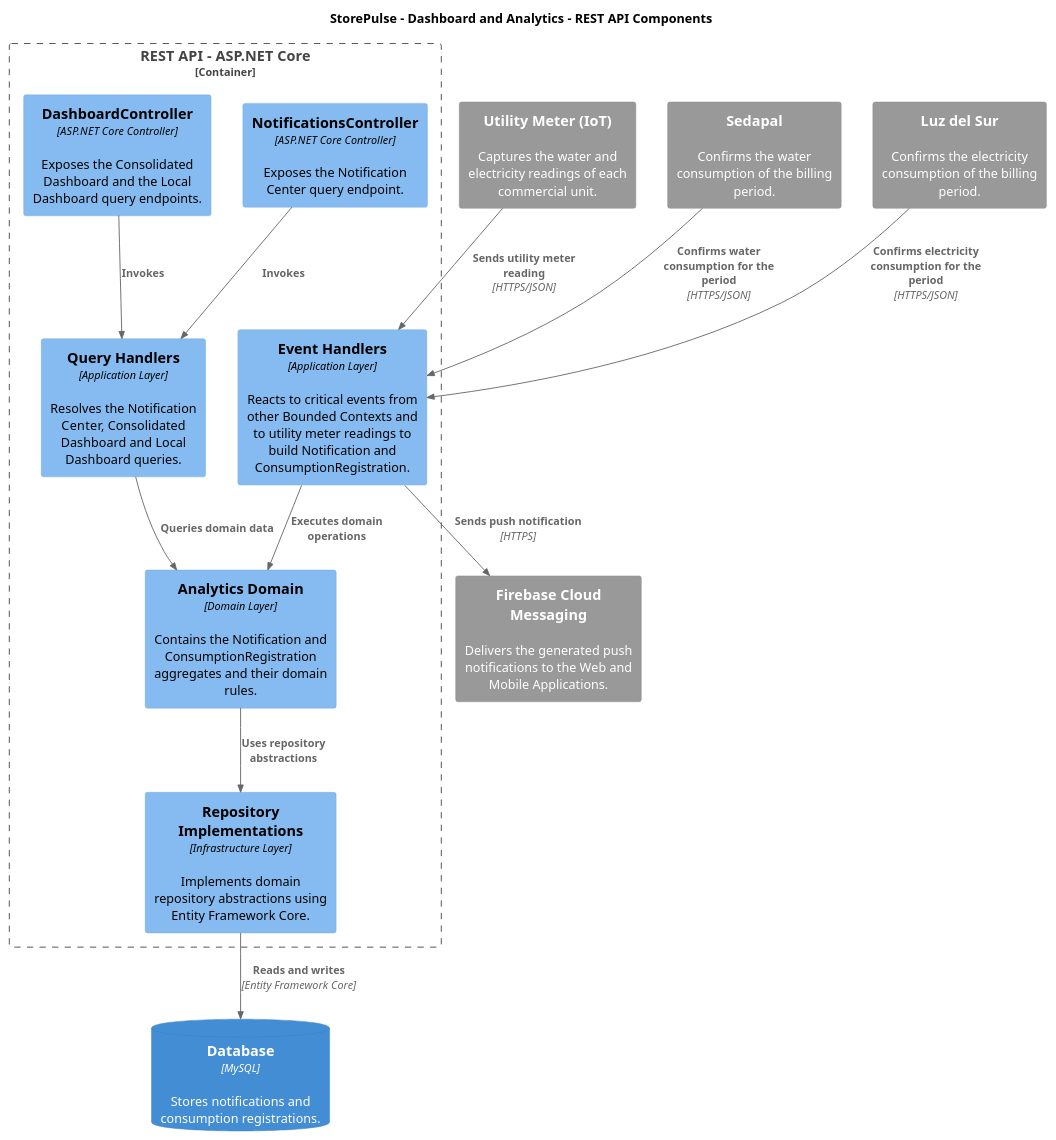
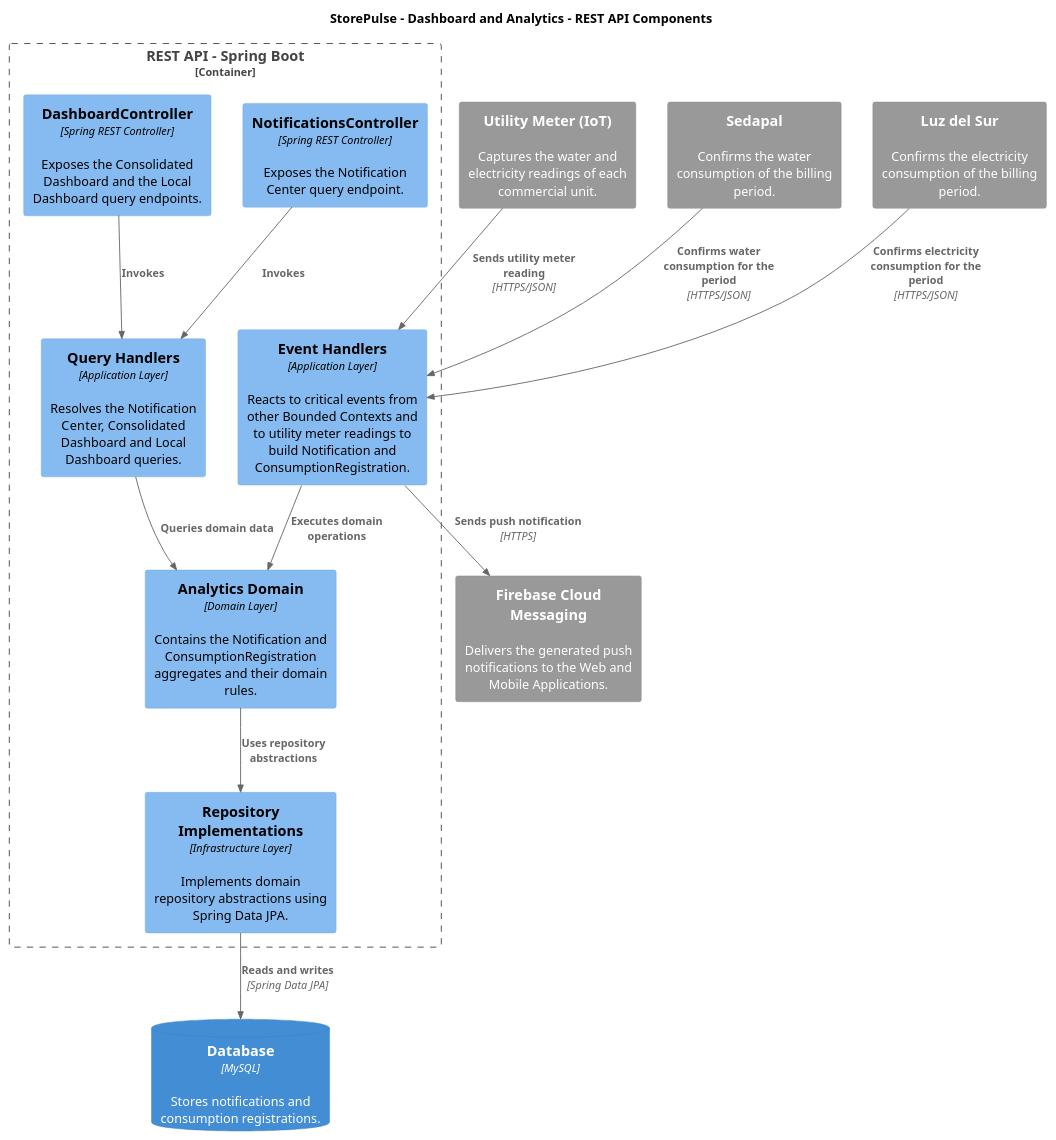
The diagram in assets/architecture/analytics/03-analytics-rest-api-component.puml (VanguardTechIot/storepulse-report), drawn with PlantUML before and after one commit. The commit also changed 33 other files, not shown here.

Commit message:
docs(architecture): replace dotnet references with spring boot

```diff
--- a/assets/architecture/analytics/03-analytics-rest-api-component.puml
+++ b/assets/architecture/analytics/03-analytics-rest-api-component.puml
@@ -1,57 +1,57 @@
 @startuml storepulse-analytics-rest-api-component
 
 !include https://raw.githubusercontent.com/plantuml-stdlib/C4-PlantUML/master/C4_Component.puml
 
 LAYOUT_TOP_DOWN()
 HIDE_STEREOTYPE()
 skinparam shadowing false
 skinparam defaultFontName Arial
 
 title StorePulse - Dashboard and Analytics - REST API Components
 
-Container_Boundary(restApi, "REST API - ASP.NET Core") {
+Container_Boundary(restApi, "REST API - Spring Boot") {
 
-    Component(notificationsController, "NotificationsController", "ASP.NET Core Controller", "Exposes the Notification Center query endpoint.")
+    Component(notificationsController, "NotificationsController", "Spring REST Controller", "Exposes the Notification Center query endpoint.")
 
-    Component(dashboardController, "DashboardController", "ASP.NET Core Controller", "Exposes the Consolidated Dashboard and the Local Dashboard query endpoints.")
+    Component(dashboardController, "DashboardController", "Spring REST Controller", "Exposes the Consolidated Dashboard and the Local Dashboard query endpoints.")
 
     Component(queryHandlers, "Query Handlers", "Application Layer", "Resolves the Notification Center, Consolidated Dashboard and Local Dashboard queries.")
 
     Component(eventHandlers, "Event Handlers", "Application Layer", "Reacts to critical events from other Bounded Contexts and to utility meter readings to build Notification and ConsumptionRegistration.")
 
     Component(analyticsDomain, "Analytics Domain", "Domain Layer", "Contains the Notification and ConsumptionRegistration aggregates and their domain rules.")
 
-    Component(repositoryImplementations, "Repository Implementations", "Infrastructure Layer", "Implements domain repository abstractions using Entity Framework Core.")
+    Component(repositoryImplementations, "Repository Implementations", "Infrastructure Layer", "Implements domain repository abstractions using Spring Data JPA.")
 }
 
 ContainerDb(database, "Database", "MySQL", "Stores notifications and consumption registrations.")
 
 System_Ext(utilityMeter, "Utility Meter (IoT)", "Captures the water and electricity readings of each commercial unit.")
 
 System_Ext(sedapal, "Sedapal", "Confirms the water consumption of the billing period.")
 
 System_Ext(luzDelSur, "Luz del Sur", "Confirms the electricity consumption of the billing period.")
 
 System_Ext(fcm, "Firebase Cloud Messaging", "Delivers the generated push notifications to the Web and Mobile Applications.")
 
 Rel(notificationsController, queryHandlers, "Invokes")
 
 Rel(dashboardController, queryHandlers, "Invokes")
 
 Rel(queryHandlers, analyticsDomain, "Queries domain data")
 
 Rel(eventHandlers, analyticsDomain, "Executes domain operations")
 
 Rel(analyticsDomain, repositoryImplementations, "Uses repository abstractions")
 
-Rel(repositoryImplementations, database, "Reads and writes", "Entity Framework Core")
+Rel(repositoryImplementations, database, "Reads and writes", "Spring Data JPA")
 
 Rel(utilityMeter, eventHandlers, "Sends utility meter reading", "HTTPS/JSON")
 
 Rel(sedapal, eventHandlers, "Confirms water consumption for the period", "HTTPS/JSON")
 
 Rel(luzDelSur, eventHandlers, "Confirms electricity consumption for the period", "HTTPS/JSON")
 
 Rel(eventHandlers, fcm, "Sends push notification", "HTTPS")
 
 @enduml
```
